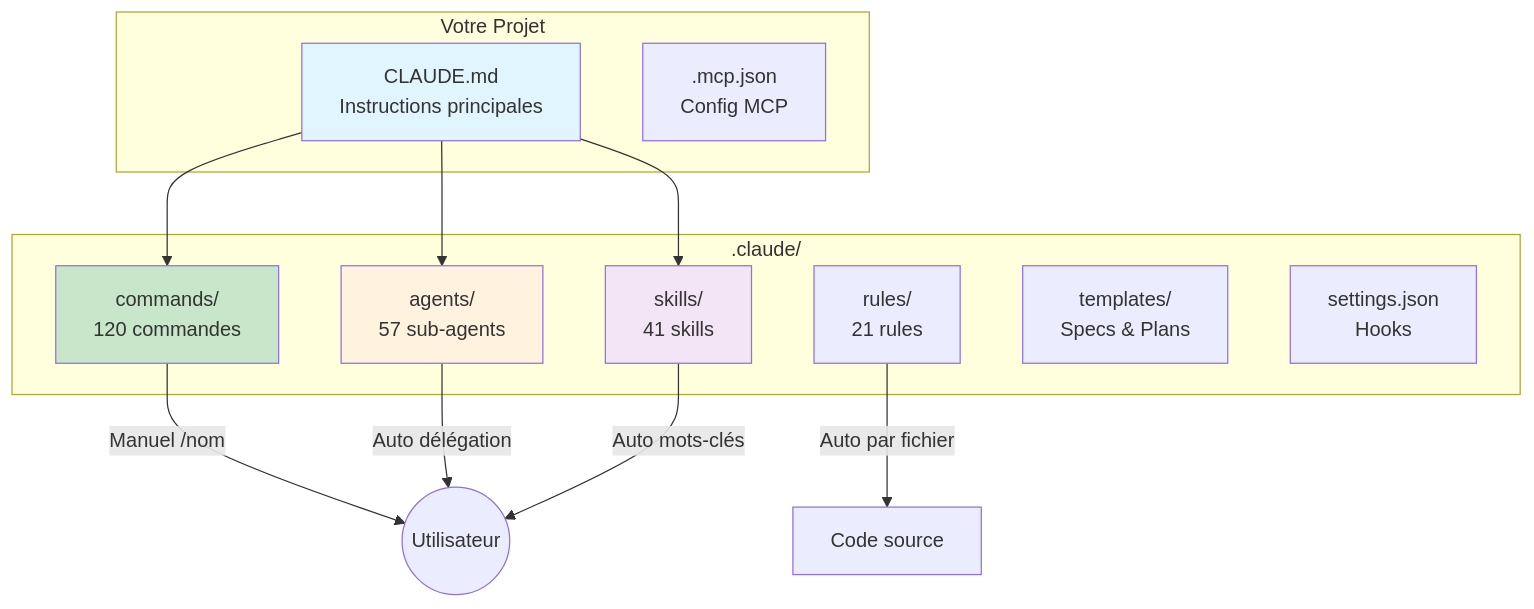
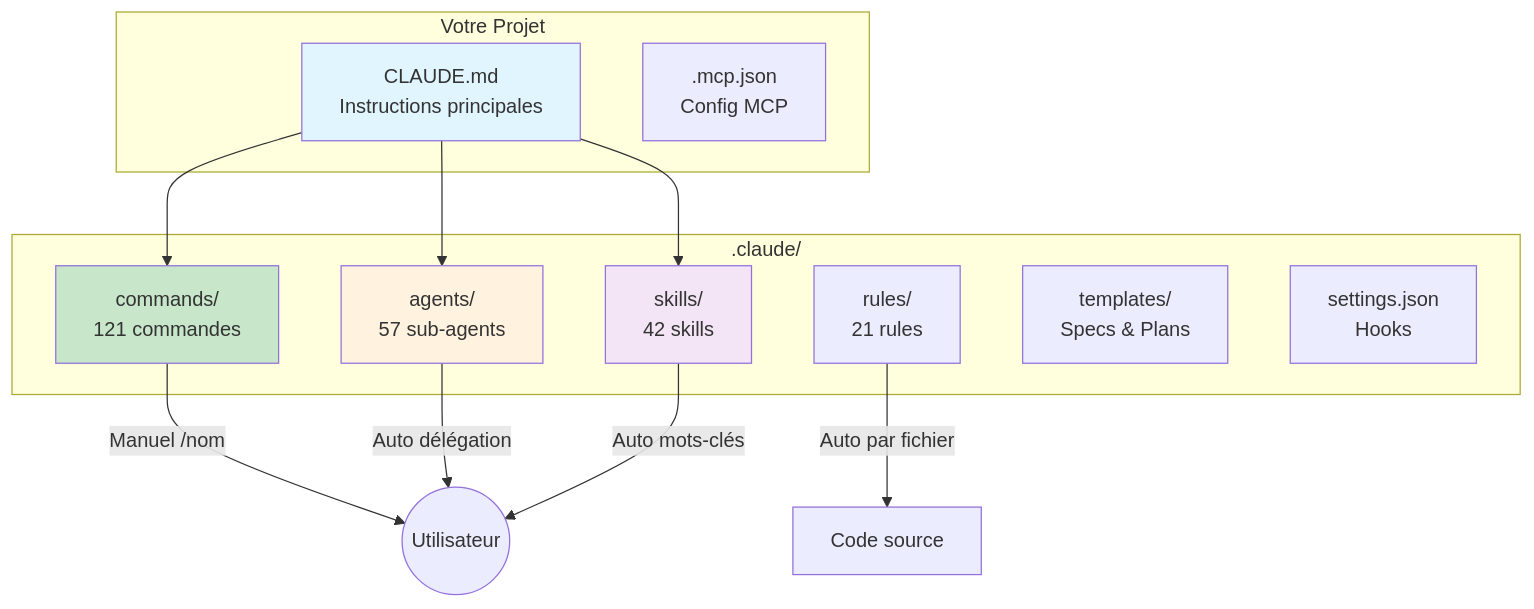
One commit to christopherlouet/claude-base changed the first of 2 diagrams in website/docs/intro/architecture.md. Above: the diagram before and after it, drawn with Mermaid. The commit also changed other lines of this file and 7 other files, not shown here.

First line of the commit message:
fix(docs): update counters to 121 commands and 42 skills across all files

````diff
--- a/website/docs/intro/architecture.md
+++ b/website/docs/intro/architecture.md
@@ -15,30 +15,30 @@
 ```mermaid
 graph TB
     subgraph "Votre Projet"
         CLAUDE[CLAUDE.md<br/>Instructions principales]
         MCP[.mcp.json<br/>Config MCP]
     end
 
     subgraph ".claude/"
-        CMDS[commands/<br/>120 commandes]
+        CMDS[commands/<br/>121 commandes]
         AGENTS[agents/<br/>57 sub-agents]
-        SKILLS[skills/<br/>41 skills]
+        SKILLS[skills/<br/>42 skills]
         RULES[rules/<br/>21 rules]
         TPL[templates/<br/>Specs & Plans]
         SETTINGS[settings.json<br/>Hooks]
     end
 
     CLAUDE --> CMDS
     CLAUDE --> AGENTS
     CLAUDE --> SKILLS
 
     CMDS --> |"Manuel /nom"| USER((Utilisateur))
     AGENTS --> |"Auto délégation"| USER
     SKILLS --> |"Auto mots-clés"| USER
     RULES --> |"Auto par fichier"| CODE[Code source]
 
     style CLAUDE fill:#e1f5fe
     style CMDS fill:#c8e6c9
     style AGENTS fill:#fff3e0
     style SKILLS fill:#f3e5f5
 ```
````
